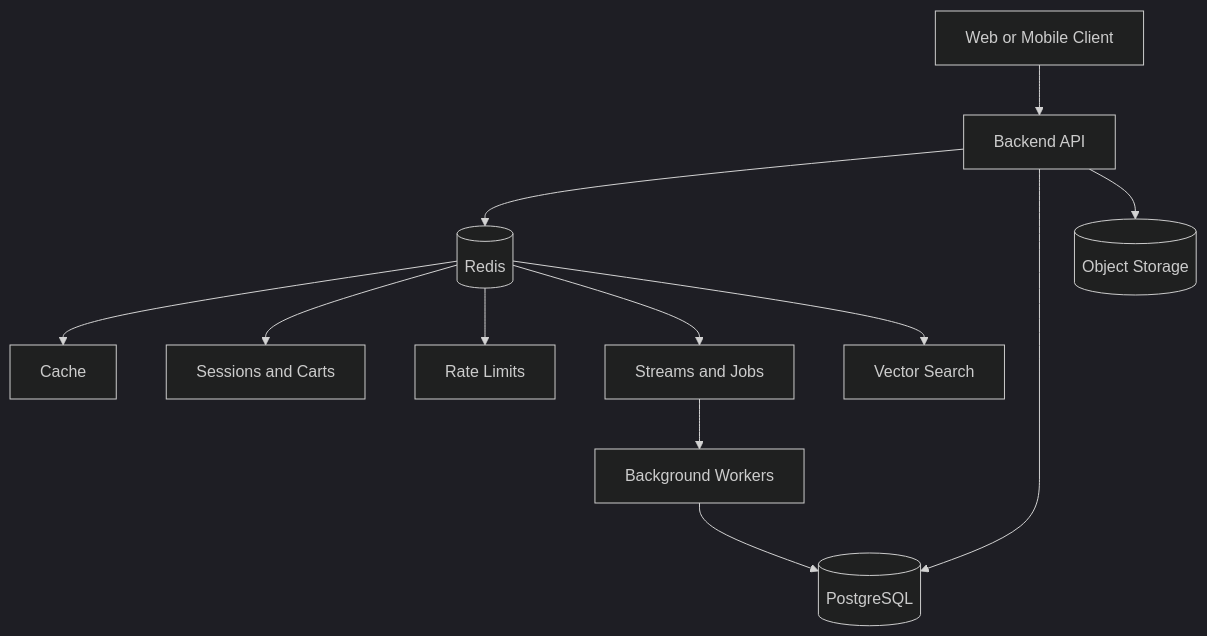
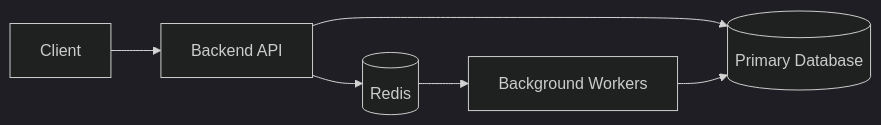
The first of 5 diagrams in src/content/caching/redis-use-cases.md (AvadhBhalodiya/Interview-Preparation), drawn with Mermaid (dark theme) before and after one commit. The commit also changed other lines of this file and 54 other files, not shown here.

````diff
--- a/src/content/caching/redis-use-cases.md
+++ b/src/content/caching/redis-use-cases.md
@@ -24,17 +46,8 @@
 ```mermaid
-flowchart TB
-    U[Web or Mobile Client] --> API[Backend API]
-
+flowchart LR
+    C[Client] --> API[Backend API]
     API --> R[(Redis)]
-    API --> DB[(PostgreSQL)]
-    API --> OBJ[(Object Storage)]
-
-    R --> C[Cache]
-    R --> S[Sessions and Carts]
-    R --> RL[Rate Limits]
-    R --> Q[Streams and Jobs]
-    R --> V[Vector Search]
-
-    Q --> W[Background Workers]
+    API --> DB[(Primary Database)]
+    R --> W[Background Workers]
     W --> DB
 ```
````
